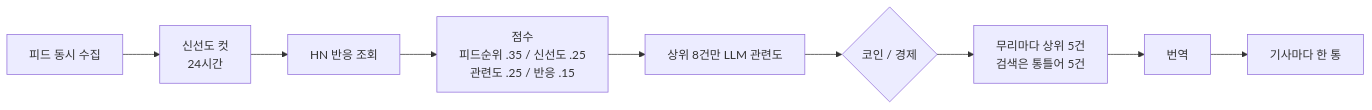
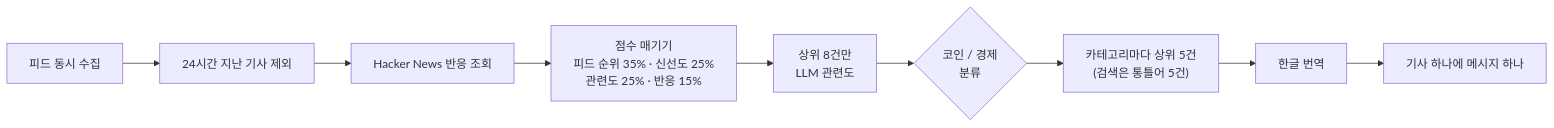
The sixth of 7 diagrams in docs/design.md (zero3402/economy-helper), drawn with Mermaid before and after one commit. The commit also changed other lines of this file and 31 other files, not shown here.

````diff
--- a/docs/design.md
+++ b/docs/design.md
@@ -193,11 +269,11 @@
 ```mermaid
 flowchart LR
-    F[피드 동시 수집] --> A[신선도 컷<br/>24시간]
-    A --> B[HN 반응 조회]
-    B --> S[점수<br/>피드순위 .35 / 신선도 .25<br/>관련도 .25 / 반응 .15]
-    S --> L[상위 8건만 LLM 관련도]
-    L --> C{코인 / 경제}
-    C --> R[무리마다 상위 5건<br/>검색은 통틀어 5건]
-    R --> TR[번역]
-    TR --> M[기사마다 한 통]
+    F[피드 동시 수집] --> A[24시간 지난 기사 제외]
+    A --> B[Hacker News 반응 조회]
+    B --> S["점수 매기기<br/>피드 순위 35% · 신선도 25%<br/>관련도 25% · 반응 15%"]
+    S --> L[상위 8건만<br/>LLM 관련도]
+    L --> C{코인 / 경제<br/>분류}
+    C --> R["카테고리마다 상위 5건<br/>(검색은 통틀어 5건)"]
+    R --> TR[한글 번역]
+    TR --> M[기사 하나에 메시지 하나]
 ```
````
